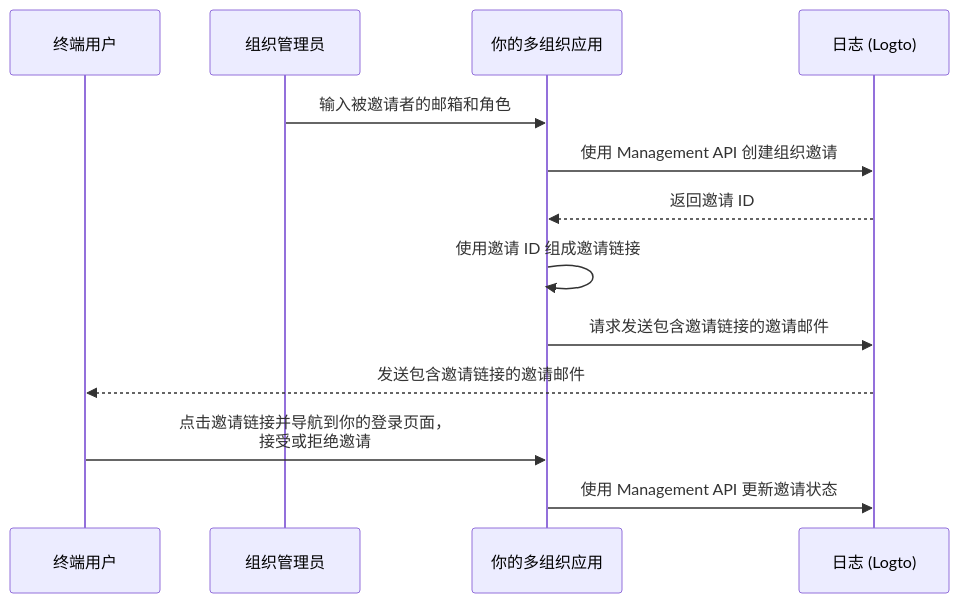
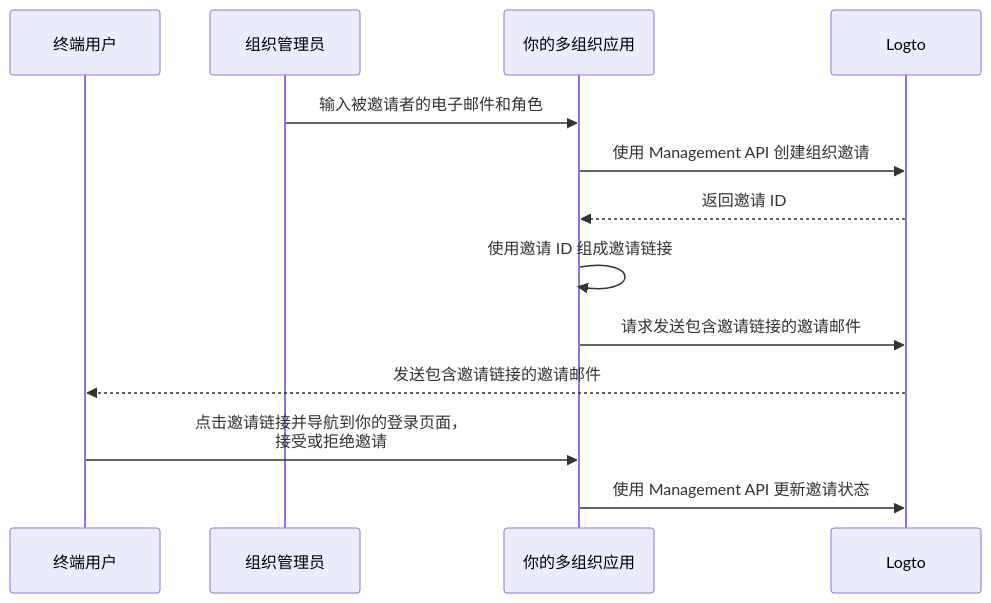
Before and after one commit to logto-io/docs: the diagram in i18n/zh-CN/docusaurus-plugin-content-docs/current/end-user-flows/organization-experience/invite-organization-members.mdx, drawn with Mermaid. The commit also changed other lines of this file and 428 other files, not shown here.

````diff
--- a/i18n/zh-CN/docusaurus-plugin-content-docs/current/end-user-flows/organization-experience/invite-organization-members.mdx
+++ b/i18n/zh-CN/docusaurus-plugin-content-docs/current/end-user-flows/organization-experience/invite-organization-members.mdx
@@ -13,16 +13,16 @@
 ```mermaid
 sequenceDiagram
 	Participant U as 终端用户
   Participant A as 组织管理员
   Participant C as 你的多组织应用
-	Participant L as 日志 (Logto)
+	Participant L as Logto
 
-  A ->> C: 输入被邀请者的邮箱和角色
+  A ->> C: 输入被邀请者的电子邮件和角色
   C ->> L: 使用 Management API 创建组织邀请
   L -->> C: 返回邀请 ID
   C ->> C: 使用邀请 ID 组成邀请链接
   C ->> L: 请求发送包含邀请链接的邀请邮件
   L -->> U: 发送包含邀请链接的邀请邮件
   U ->> C: 点击邀请链接并导航到你的登录页面，<br />接受或拒绝邀请
   C ->> L: 使用 Management API 更新邀请状态
 ```
````
